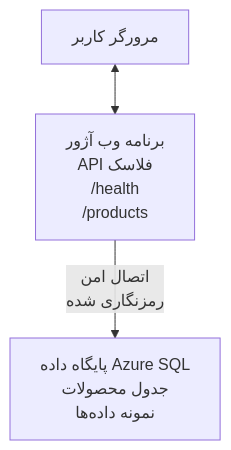
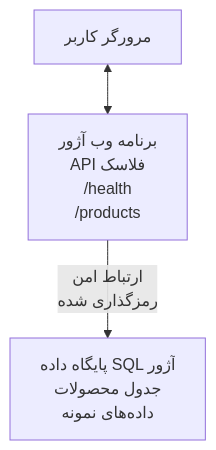
The diagram in translations/fa/examples/database-app/README.md (microsoft/AZD-for-beginners), drawn with Mermaid before and after one commit. The commit also changed other lines of this file and 101 other files, not shown here.

````diff
--- a/translations/fa/examples/database-app/README.md
+++ b/translations/fa/examples/database-app/README.md
@@ -72,5 +72,5 @@
 ```mermaid
 graph TD
     Browser[مرورگر کاربر] <--> WebApp[برنامه وب آژور<br/>API فلاسک<br/>/health<br/>/products]
-    WebApp -- اتصال امن<br/>رمزنگاری شده --> SQL[پایگاه داده Azure SQL<br/>جدول محصولات<br/>نمونه داده‌ها]
+    WebApp -- ارتباط امن<br/>رمزگذاری شده --> SQL[پایگاه داده SQL آژور<br/>جدول محصولات<br/>داده‌های نمونه]
 ```
````
